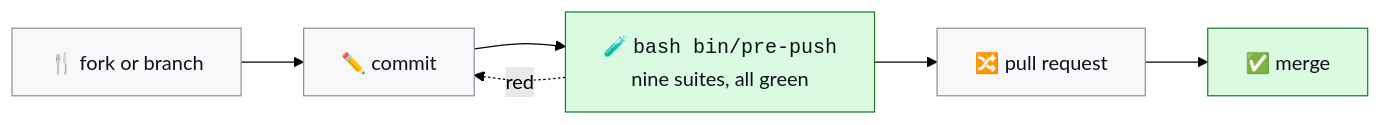
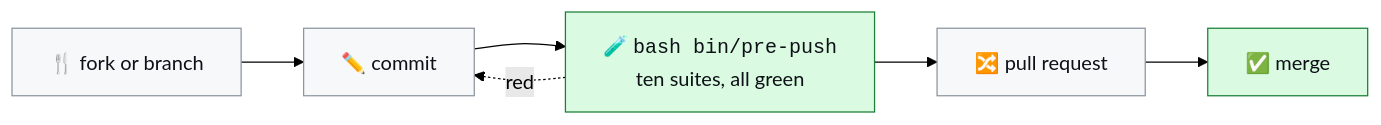
One commit to techmefr/mentis changed the diagram in CONTRIBUTING.md. Above: the diagram before and after it, drawn with Mermaid (forest theme). The commit also changed other lines of this file and 1 other file, not shown here.

Commit message:
docs: refresh suite and check counts after the exporter suite (#167)

````diff
--- a/CONTRIBUTING.md
+++ b/CONTRIBUTING.md
@@ -12,9 +12,9 @@
 ```mermaid
 flowchart LR
-    A["🍴 fork or branch"] --> B["✏️ commit"] --> C["🧪 <code>bash bin/pre-push</code><br/>nine suites, all green"] --> D["🔀 pull request"] --> E["✅ merge"]
+    A["🍴 fork or branch"] --> B["✏️ commit"] --> C["🧪 <code>bash bin/pre-push</code><br/>ten suites, all green"] --> D["🔀 pull request"] --> E["✅ merge"]
     C -. "red" .-> B
     classDef s fill:#f6f8fa,stroke:#8c959f,color:#0d1117
     classDef g fill:#dafbe1,stroke:#1a7f37,color:#0d1117
     class A,B,D s
     class C,E g
 ```
````
